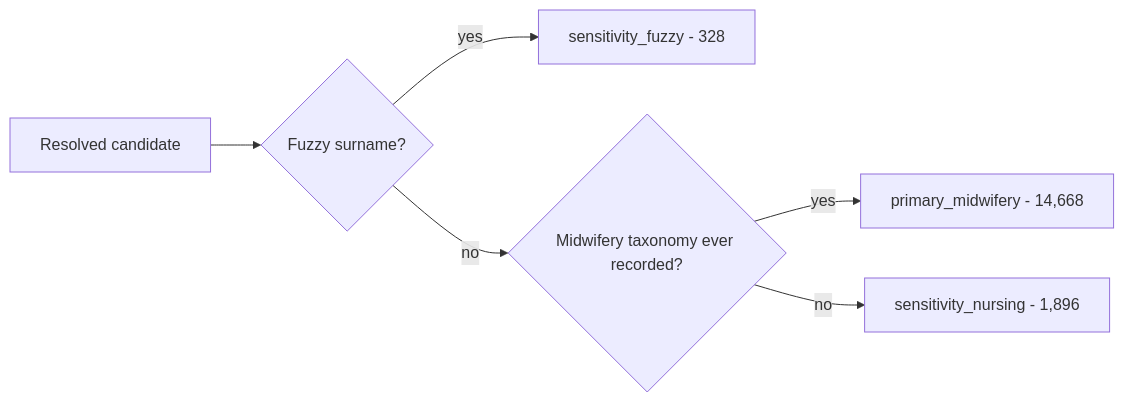
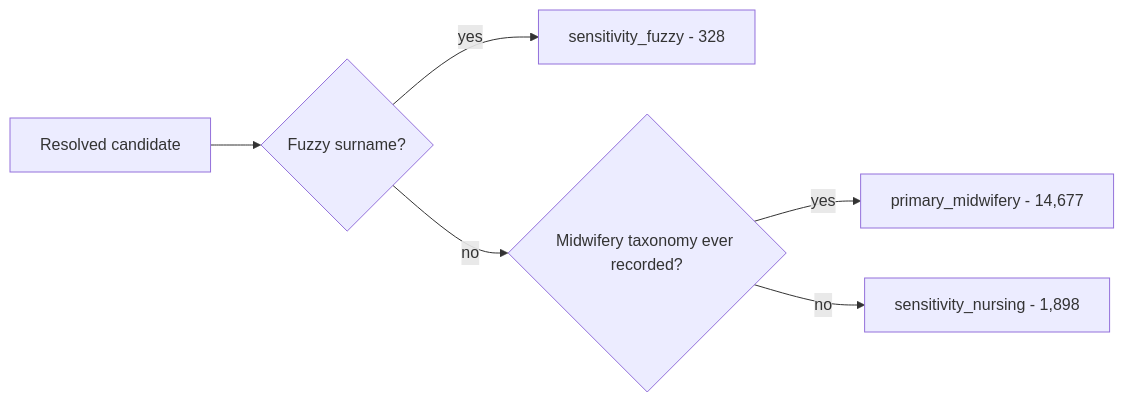
One commit to mufflyt/midwifery changed the third of 5 diagrams in README.md. Above: the diagram before and after it, drawn with Mermaid. The commit also changed other lines of this file, not shown here.

````diff
--- a/README.md
+++ b/README.md
@@ -309,8 +310,8 @@
 ```mermaid
 flowchart LR
   S["Resolved candidate"] --> T1{"Fuzzy surname?"}
   T1 -->|yes| F["sensitivity_fuzzy - 328"]
   T1 -->|no| T2{"Midwifery taxonomy ever recorded?"}
-  T2 -->|yes| P["primary_midwifery - 14,668"]
-  T2 -->|no| N["sensitivity_nursing - 1,896"]
+  T2 -->|yes| P["primary_midwifery - 14,677"]
+  T2 -->|no| N["sensitivity_nursing - 1,898"]
 ```
````
